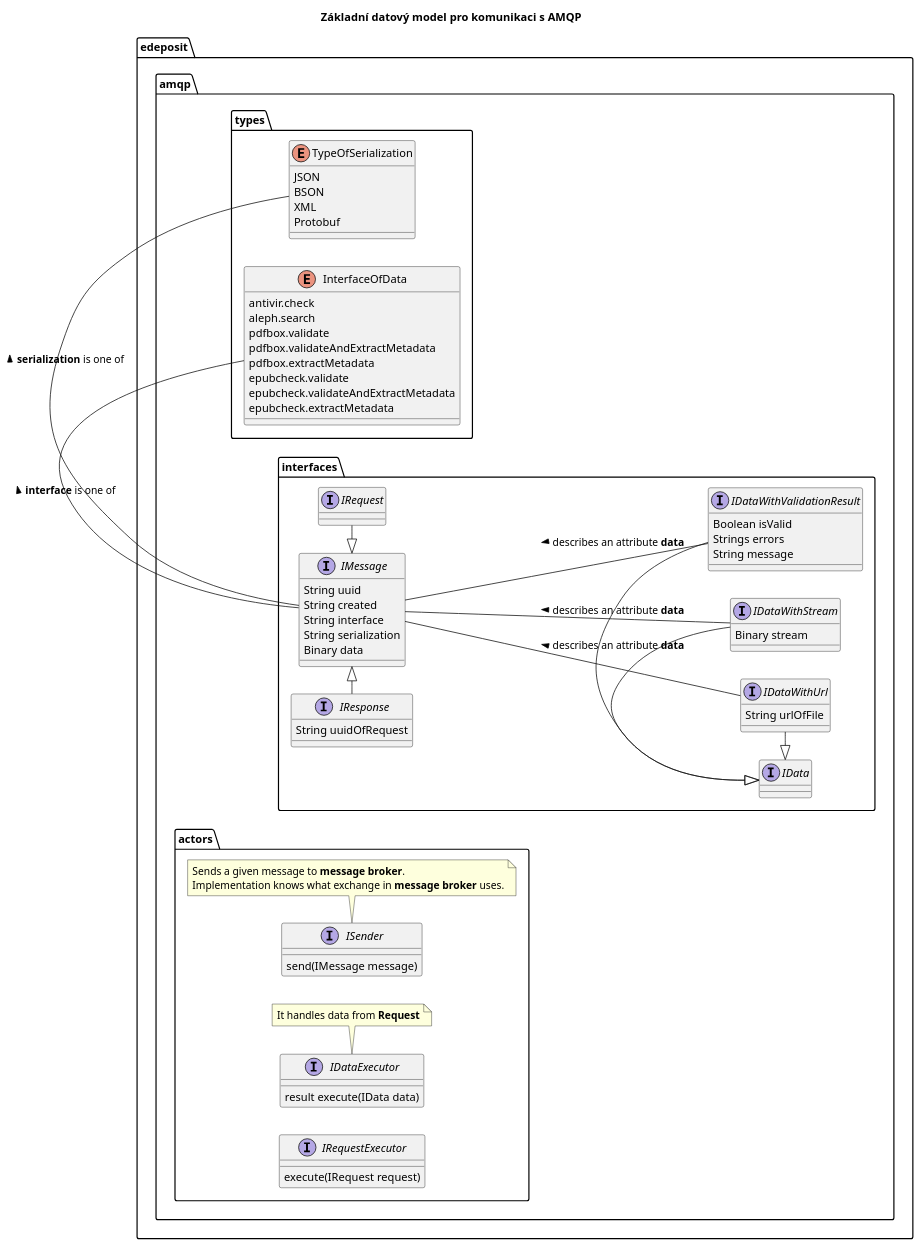
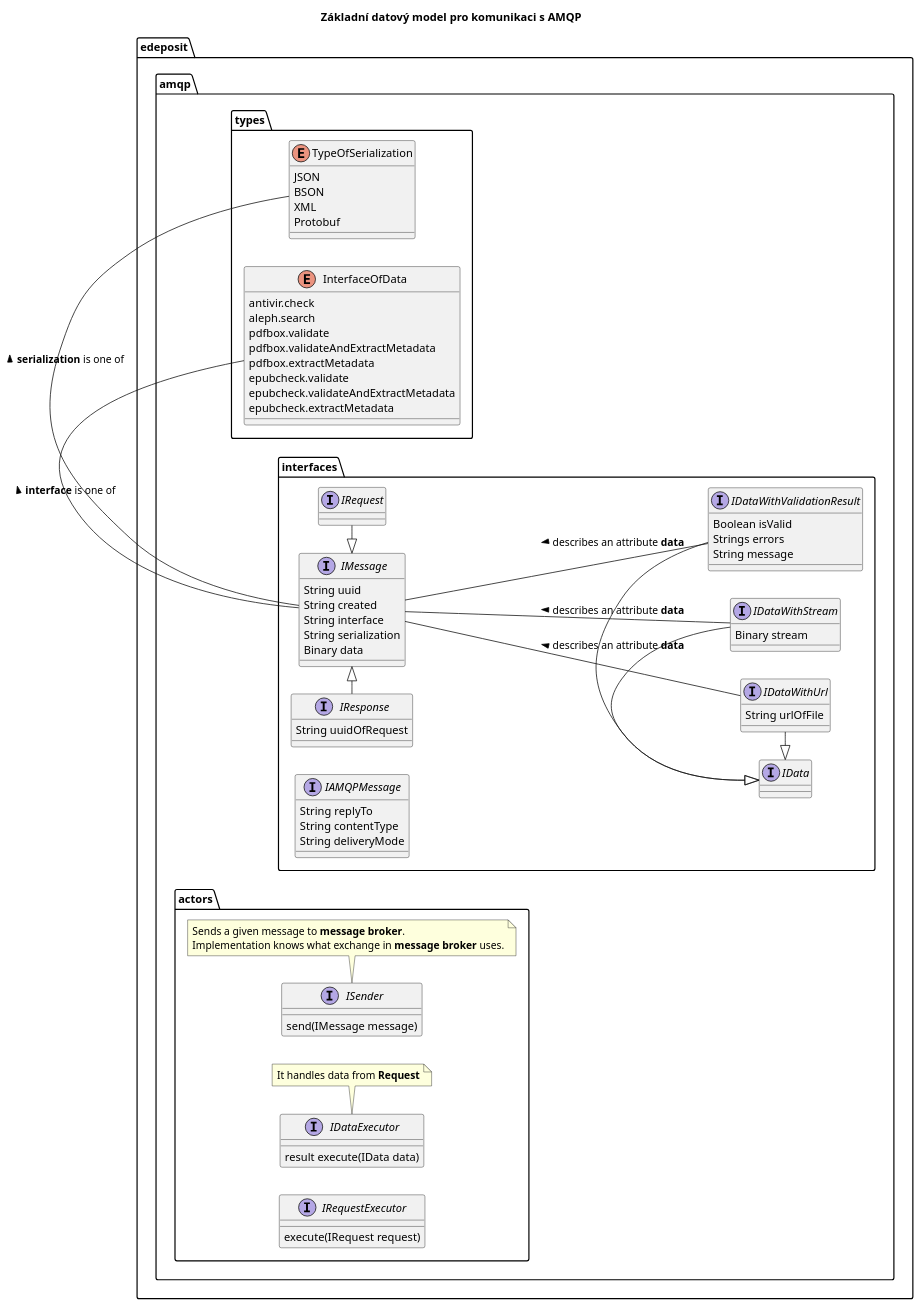
Before and after one commit to edeposit/edeposit: the diagram in docs/middleware/dm00.plantuml, drawn with PlantUML. The commit also changed 1 other file, not shown here.

Commit message:
added IAMQPMessage jstavel/edeposit.amqp#1

```diff
--- a/docs/middleware/dm00.plantuml
+++ b/docs/middleware/dm00.plantuml
@@ -1,97 +1,104 @@
 @startuml
 skinparam componentStyle uml2
 left to right direction
 title Základní datový model pro komunikaci s AMQP
 
 package edeposit.amqp.types {
 enum TypeOfSerialization {
      JSON
      BSON
      XML
      Protobuf
 }
 
 enum InterfaceOfData {
      antivir.check
      aleph.search
      pdfbox.validate
      pdfbox.validateAndExtractMetadata
      pdfbox.extractMetadata
      epubcheck.validate
      epubcheck.validateAndExtractMetadata
      epubcheck.extractMetadata
 }
 }
 
 
 package edeposit.amqp.interfaces {
-interface IMessage {
+
+interface IAMQPMessage {
+          String replyTo
+          String contentType
+          String deliveryMode
+}
+
+Interface IMessage {
       String uuid
       String created
       String interface
       String serialization
       Binary data
 }
 
 interface IRequest {
 }
 
 interface IResponse {
       String uuidOfRequest
 }
 
 IMessage <|-right- IRequest
 IMessage <|-left- IResponse
         
         interface IData {
         }       
 
         interface IDataWithUrl {
               String urlOfFile
         }
 
         interface IDataWithStream {
               Binary stream
         }
 
         interface IDataWithValidationResult {
                   Boolean isValid
                   Strings errors
                   String message
         }
 
         IData <|-right- IDataWithUrl
         IData <|-right- IDataWithStream
         IData <|-right- IDataWithValidationResult
 }
 
 
 IMessage -- IDataWithUrl : < describes an attribute <b>data</b>
 IMessage -- IDataWithStream : < describes an attribute <b>data</b>
 IMessage -left- TypeOfSerialization : <b>serialization</b> is one of >
 IMessage -left- InterfaceOfData : <b>interface</b> is one of >
 
 IMessage -- IDataWithValidationResult : < describes an attribute <b>data</b>
 
 package edeposit.amqp.actors {
         interface ISender {
                 send(IMessage message)                            
         }
         note bottom
         Sends a given message to <b>message broker</b>. 
         Implementation knows what exchange in <b>message broker</b> uses.
         end note
         
         interface IDataExecutor {
                   result execute(IData data)
         }
         note bottom
         It handles data from <b>Request</b>
         end note
 
         interface IRequestExecutor {
                   execute(IRequest request)                  
         }
 }
 
 @enduml
```
